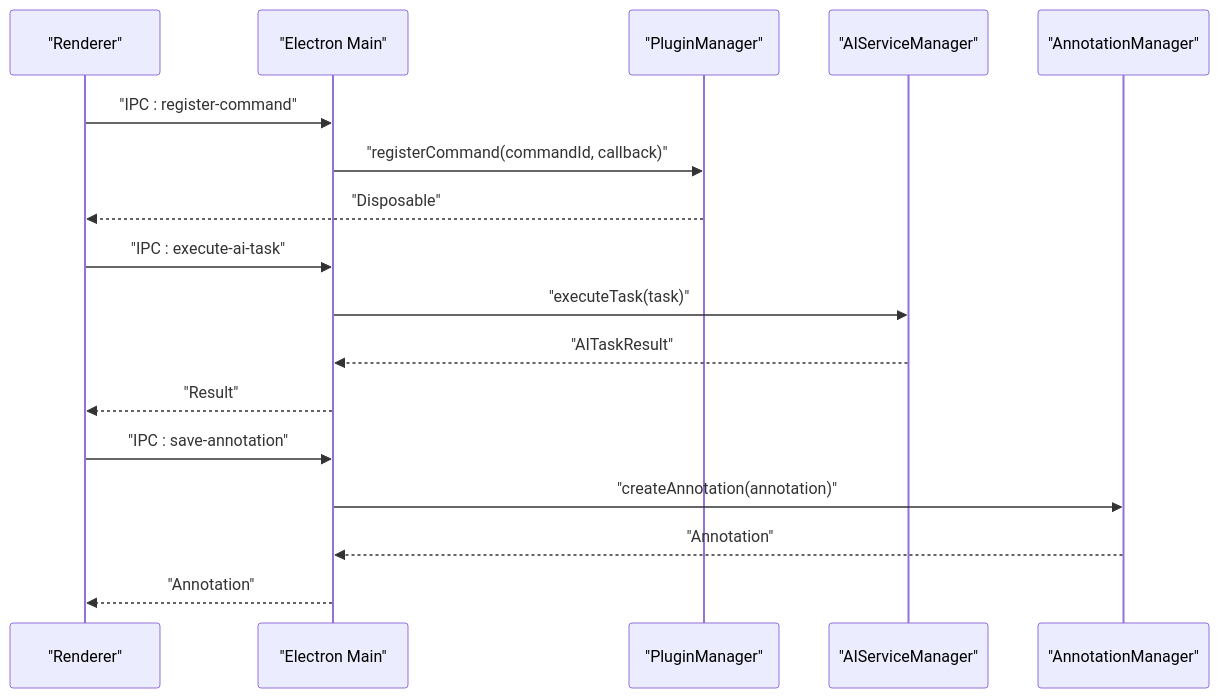
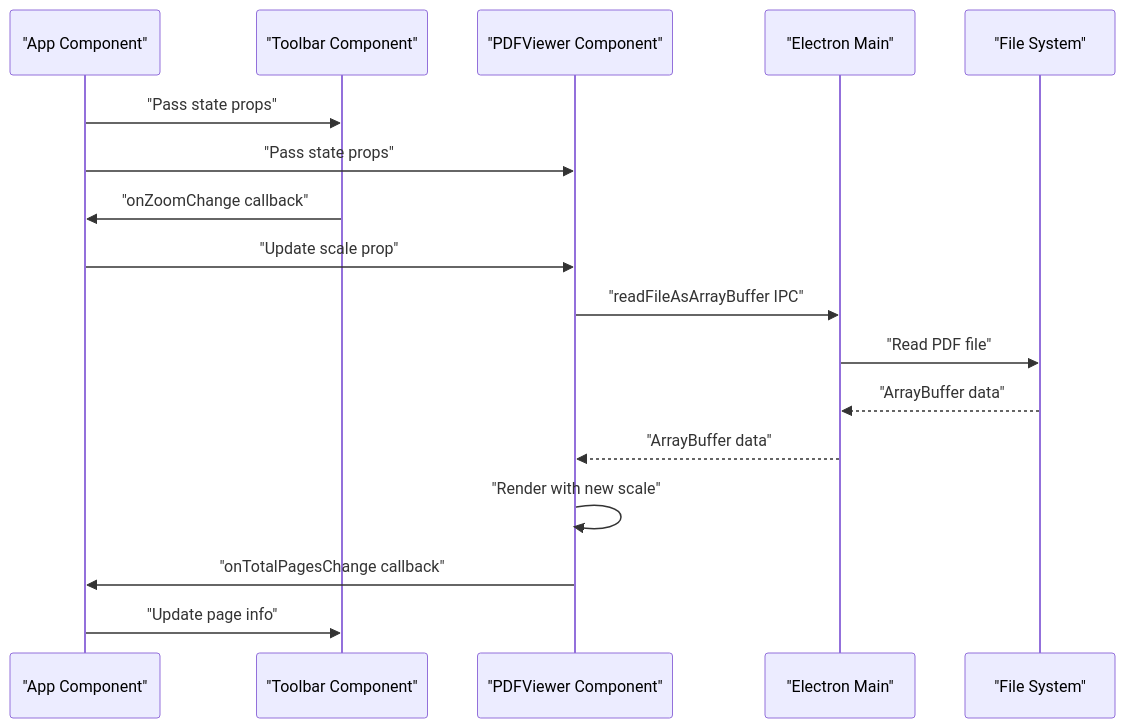
One commit to Chunde/SciPDFReader changed the sixth of 7 diagrams in .qoder/repowiki/en/content/Core Components/Core Components.md. Above: the diagram before and after it, drawn with Mermaid. The commit also changed other lines of this file and 4 other files, not shown here.

````diff
--- a/.qoder/repowiki/en/content/Core Components/Core Components.md
+++ b/.qoder/repowiki/en/content/Core Components/Core Components.md
@@ -386,19 +515,19 @@
 ```mermaid
 sequenceDiagram
-participant Renderer as "Renderer"
+participant App as "App Component"
+participant Toolbar as "Toolbar Component"
+participant PDFViewer as "PDFViewer Component"
 participant Main as "Electron Main"
-participant PM as "PluginManager"
-participant AIM as "AIServiceManager"
-participant AM as "AnnotationManager"
-Renderer->>Main : "IPC : register-command"
-Main->>PM : "registerCommand(commandId, callback)"
-PM-->>Renderer : "Disposable"
-Renderer->>Main : "IPC : execute-ai-task"
-Main->>AIM : "executeTask(task)"
-AIM-->>Main : "AITaskResult"
-Main-->>Renderer : "Result"
-Renderer->>Main : "IPC : save-annotation"
-Main->>AM : "createAnnotation(annotation)"
-AM-->>Main : "Annotation"
-Main-->>Renderer : "Annotation"
+participant FS as "File System"
+App->>Toolbar : "Pass state props"
+App->>PDFViewer : "Pass state props"
+Toolbar->>App : "onZoomChange callback"
+App->>PDFViewer : "Update scale prop"
+PDFViewer->>Main : "readFileAsArrayBuffer IPC"
+Main->>FS : "Read PDF file"
+FS-->>Main : "ArrayBuffer data"
+Main-->>PDFViewer : "ArrayBuffer data"
+PDFViewer->>PDFViewer : "Render with new scale"
+PDFViewer->>App : "onTotalPagesChange callback"
+App->>Toolbar : "Update page info"
 ```
````
